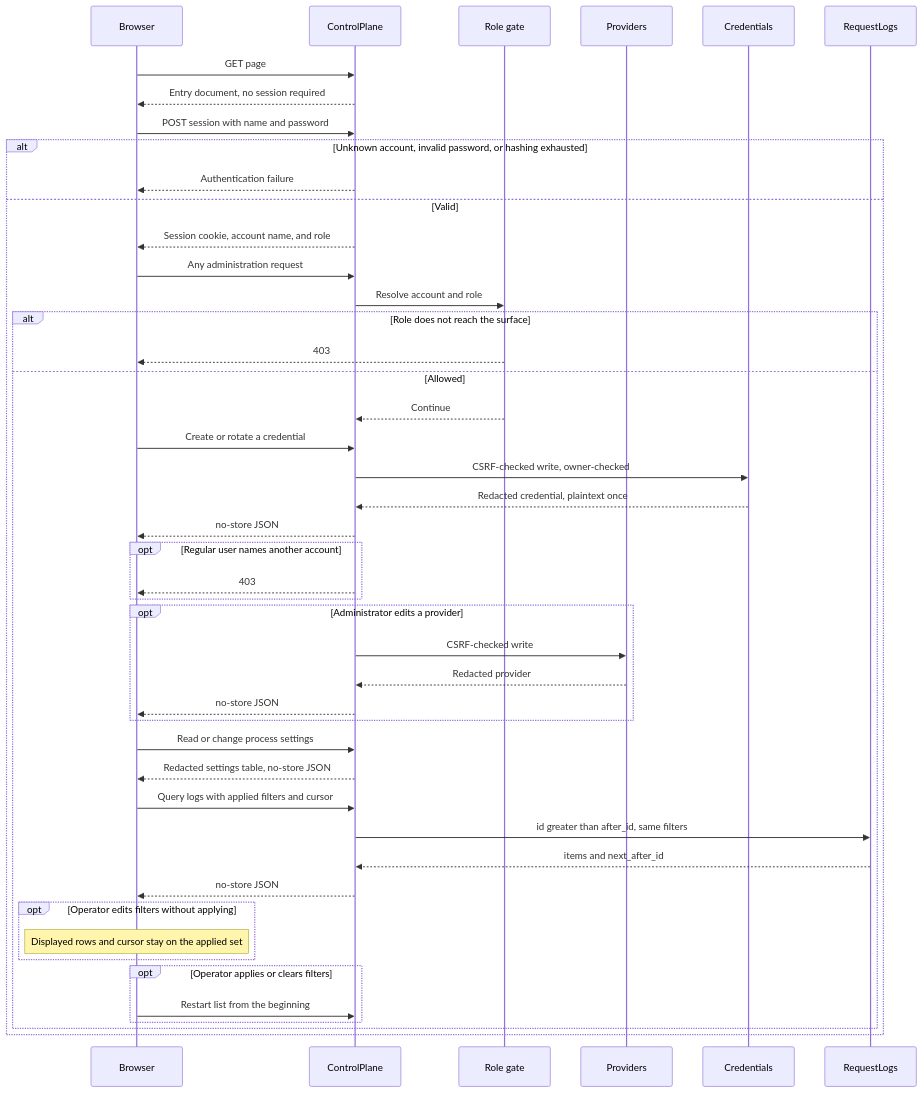
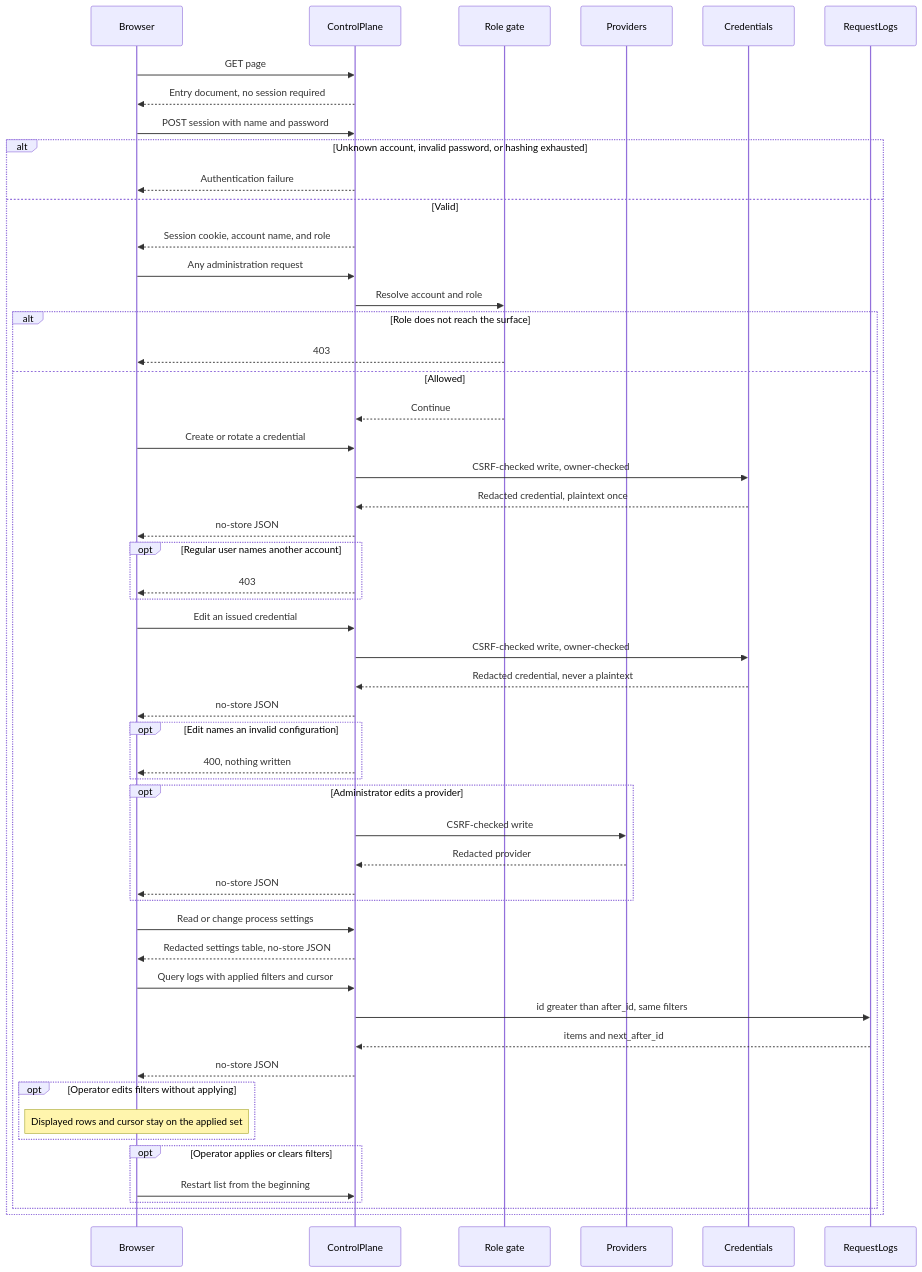
Before and after one commit to sequencestream/tokenstream: the diagram in doc/modules/administration.md, drawn with Mermaid. The commit also changed other lines of this file and 13 other files, not shown here.

````diff
--- a/doc/modules/administration.md
+++ b/doc/modules/administration.md
@@ -29,49 +29,56 @@
 ```mermaid
 sequenceDiagram
     participant B as Browser
     participant C as ControlPlane
     participant G as Role gate
     participant P as Providers
     participant K as Credentials
     participant Logs as RequestLogs
 
     B->>C: GET page
     C-->>B: Entry document, no session required
     B->>C: POST session with name and password
     alt Unknown account, invalid password, or hashing exhausted
         C-->>B: Authentication failure
     else Valid
         C-->>B: Session cookie, account name, and role
         B->>C: Any administration request
         C->>G: Resolve account and role
         alt Role does not reach the surface
             G-->>B: 403
         else Allowed
             G-->>C: Continue
             B->>C: Create or rotate a credential
             C->>K: CSRF-checked write, owner-checked
             K-->>C: Redacted credential, plaintext once
             C-->>B: no-store JSON
             opt Regular user names another account
                 C-->>B: 403
             end
+            B->>C: Edit an issued credential
+            C->>K: CSRF-checked write, owner-checked
+            K-->>C: Redacted credential, never a plaintext
+            C-->>B: no-store JSON
+            opt Edit names an invalid configuration
+                C-->>B: 400, nothing written
+            end
             opt Administrator edits a provider
                 C->>P: CSRF-checked write
                 P-->>C: Redacted provider
                 C-->>B: no-store JSON
             end
             B->>C: Read or change process settings
             C-->>B: Redacted settings table, no-store JSON
             B->>C: Query logs with applied filters and cursor
             C->>Logs: id greater than after_id, same filters
             Logs-->>C: items and next_after_id
             C-->>B: no-store JSON
             opt Operator edits filters without applying
                 Note over B: Displayed rows and cursor stay on the applied set
             end
             opt Operator applies or clears filters
                 B->>C: Restart list from the beginning
             end
         end
     end
 ```
````
